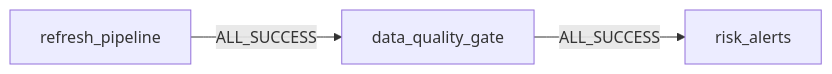
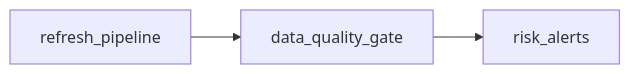
One commit to RafaGuSua19/applebees-databricks changed the diagram in docs/operacion.md. Above: the diagram before and after it, drawn with Mermaid. The commit also changed other lines of this file and 9 other files, not shown here.

````diff
--- a/docs/operacion.md
+++ b/docs/operacion.md
@@ -74,5 +49,4 @@
 ```mermaid
 flowchart LR
-  P[refresh_pipeline] -->|ALL_SUCCESS| Q[data_quality_gate]
-  Q -->|ALL_SUCCESS| R[risk_alerts]
+  P[refresh_pipeline] --> Q[data_quality_gate] --> R[risk_alerts]
 ```
````
